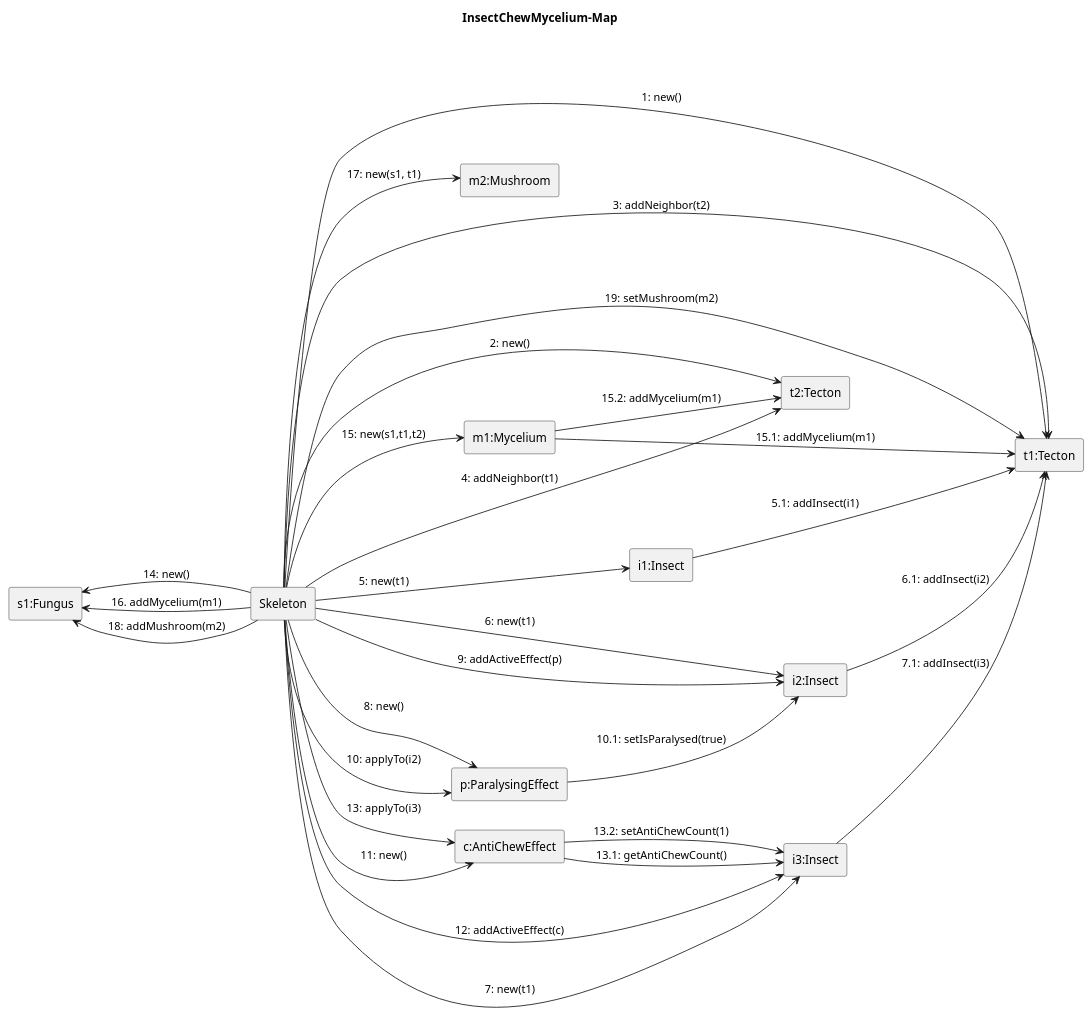
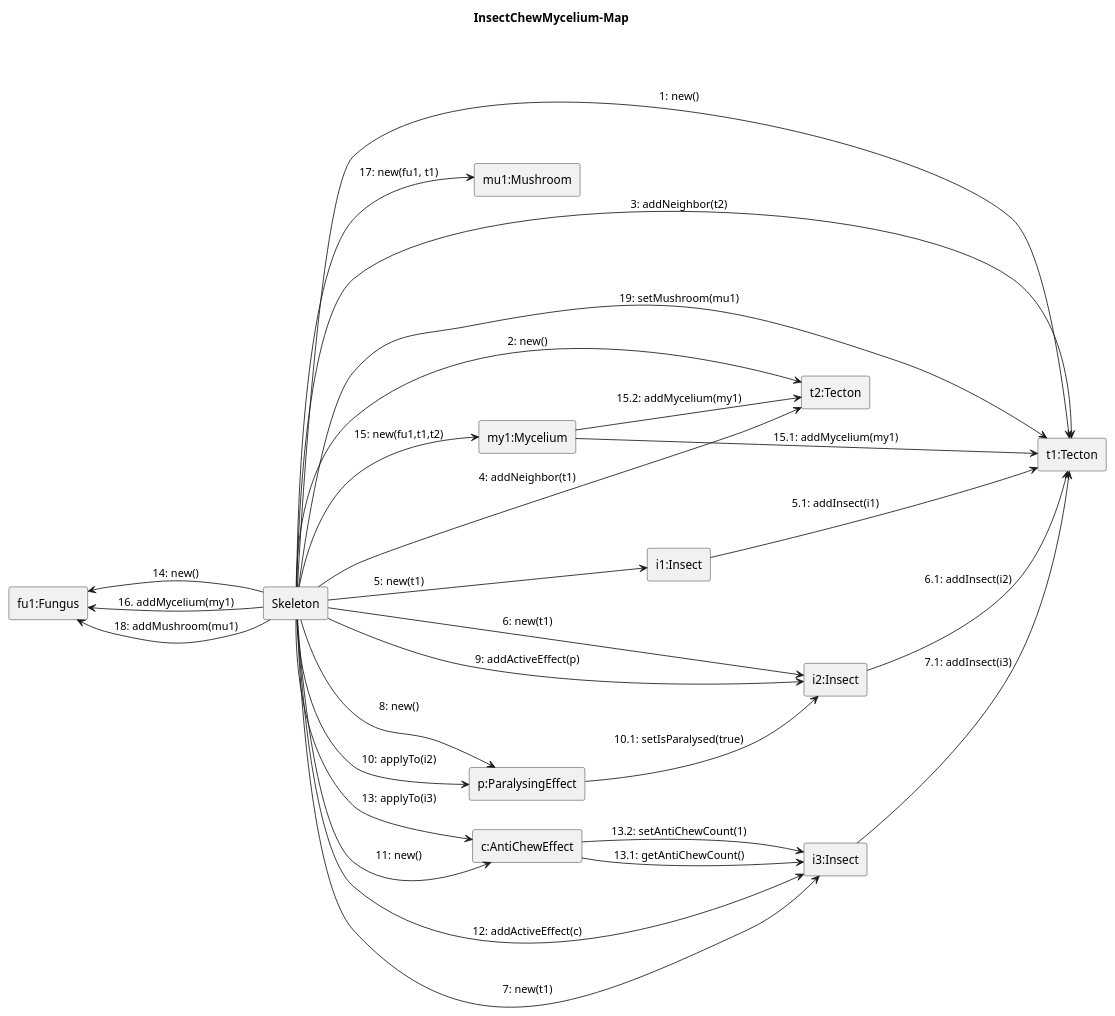
One commit to ZD4ve/projlab-error521 changed the diagram in Skeleton/Insect-chew-mycelium/map.pu. Above: the diagram before and after it, drawn with PlantUML. The commit also changed 6 other files, not shown here.

```diff
--- a/Skeleton/Insect-chew-mycelium/map.pu
+++ b/Skeleton/Insect-chew-mycelium/map.pu
@@ -1,55 +1,55 @@
 @startuml Insect-chew-mycelium/map 
 left to right direction
 
 title InsectChewMycelium-Map
 
 rectangle Skeleton as S 
 
-rectangle "s1:Fungus" as s1
-rectangle "m1:Mycelium" as m1
-rectangle "m2:Mushroom" as m2
+rectangle "fu1:Fungus" as fu1
+rectangle "my1:Mycelium" as my1
+rectangle "mu1:Mushroom" as mu1
 rectangle "t1:Tecton" as t1
 rectangle "t2:Tecton" as t2
 rectangle "i1:Insect" as i1
 rectangle "i2:Insect" as i2
 rectangle "i3:Insect" as i3
 rectangle "p:ParalysingEffect" as p
 rectangle "c:AntiChewEffect" as c
 
 S --> t1: 1: new()
 S --> t2: 2: new()
 S --> t1: 3: addNeighbor(t2)
 S --> t2: 4: addNeighbor(t1)
 
 S --> i1 : 5: new(t1)
 i1 --> t1 : 5.1: addInsect(i1)
 S --> i2 : 6: new(t1)
 i2 --> t1 : 6.1: addInsect(i2)
 S --> i3 : 7: new(t1)
 i3 --> t1 : 7.1: addInsect(i3)
 
 S --> p : 8: new()
 S --> i2 : 9: addActiveEffect(p)
 S --> p : 10: applyTo(i2)
 p --> i2 : 10.1: setIsParalysed(true)
 
 S --> c : 11: new()
 S --> i3 : 12: addActiveEffect(c)
 S --> c : 13: applyTo(i3)
 c --> i3 : 13.1: getAntiChewCount()
 c --> i3 : 13.2: setAntiChewCount(1)
 
 
 
-S -left-> s1: 14: new()
-S --> m1: 15: new(s1,t1,t2)
-m1 --> t1 : 15.1: addMycelium(m1)
-m1 --> t2 : 15.2: addMycelium(m1)
-S --> s1: 16. addMycelium(m1)
+S -left-> fu1: 14: new()
+S --> my1: 15: new(fu1,t1,t2)
+my1 --> t1 : 15.1: addMycelium(my1)
+my1 --> t2 : 15.2: addMycelium(my1)
+S --> fu1: 16. addMycelium(my1)
 
-S --> m2: 17: new(s1, t1)
-S --> s1: 18: addMushroom(m2)
-S --> t1: 19: setMushroom(m2)
+S --> mu1: 17: new(fu1, t1)
+S --> fu1: 18: addMushroom(mu1)
+S --> t1: 19: setMushroom(mu1)
 
 
 @enduml
```
